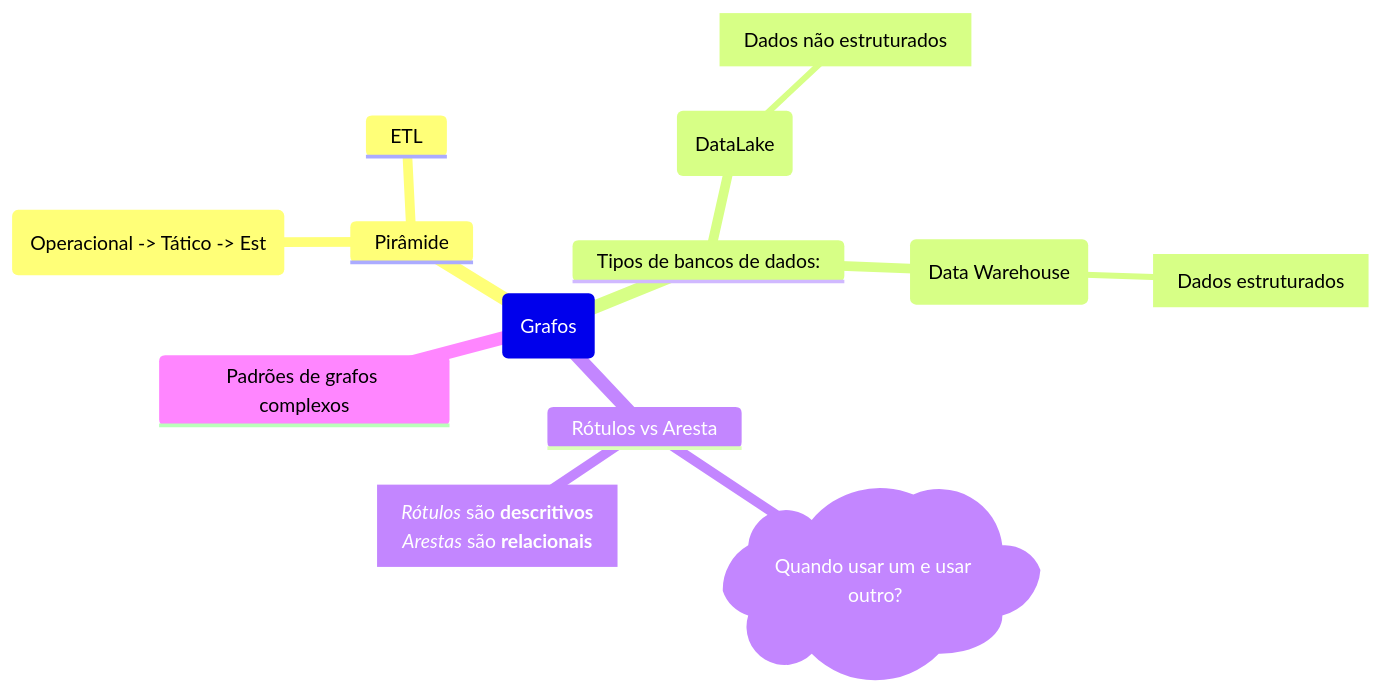
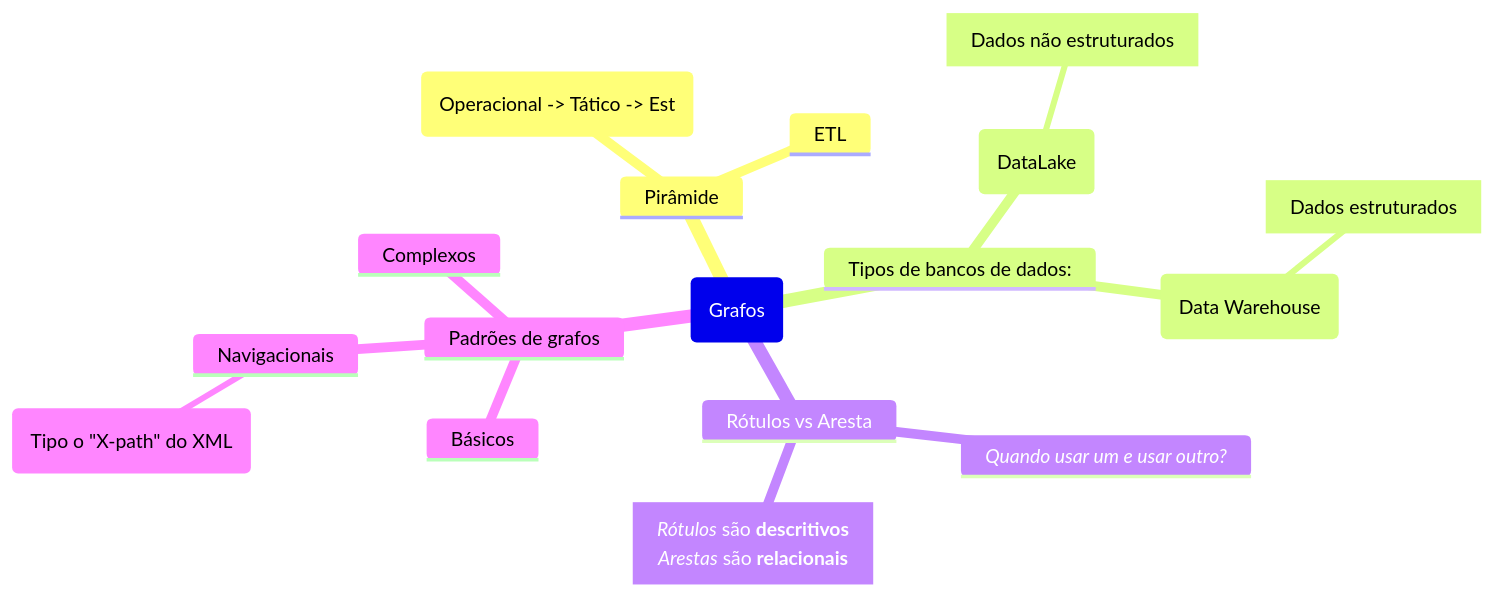
The diagram in Mestrado/Segundo Semestre/SIN5033 - Grafos de conhecimento e Ontologias/Anotações/De Aulas/Aula do dia 2026 04 08.md (Igorino/joplin-notes), drawn with Mermaid before and after one commit.

Commit message:
Exported on 2026-04-08_15-44-51

````diff
--- a/Mestrado/Segundo Semestre/SIN5033 - Grafos de conhecimento e Ontologias/Anotações/De Aulas/Aula do dia 2026 04 08.md
+++ b/Mestrado/Segundo Semestre/SIN5033 - Grafos de conhecimento e Ontologias/Anotações/De Aulas/Aula do dia 2026 04 08.md
@@ -1,23 +1,27 @@
 ```mermaid
 mindmap
 	Root(Grafos)
 		Pirâmide
 			("Operacional -> Tático -> Est")
 			ETL
 
 		Tipos de bancos de dados:		
 			(DataLake)
 				[Dados não estruturados]
 			(Data Warehouse)
 				[Dados estruturados]
 
 		Rótulos vs Aresta
-			)Quando usar um e usar outro?(
+			*Quando usar um e usar outro?*
 			[*Rótulos* são **descritivos**
 			*Arestas* são **relacionais**]
 
-		Padrões de grafos complexos
+		Padrões de grafos
+			Básicos
+			Complexos
+			Navigacionais
+				(Tipo o "X-path" do XML)
 
 
 			
 ```
````
